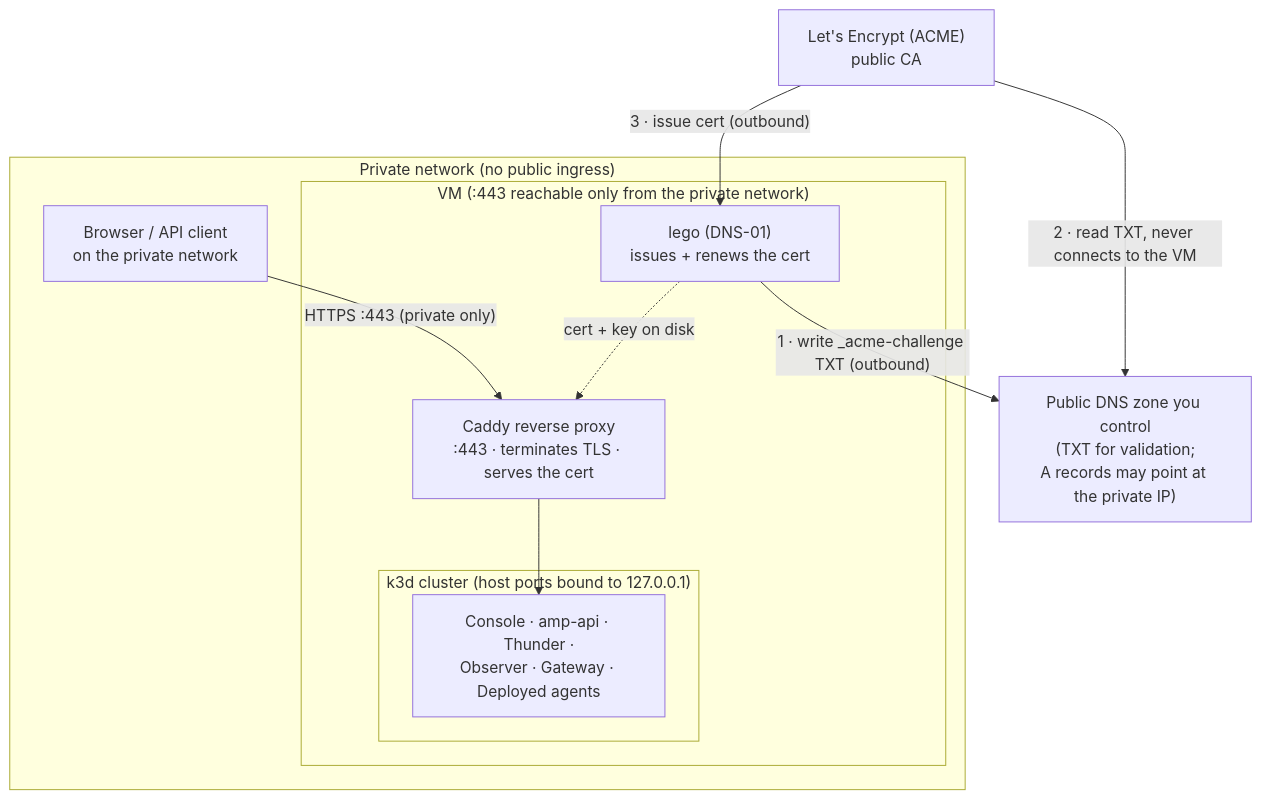
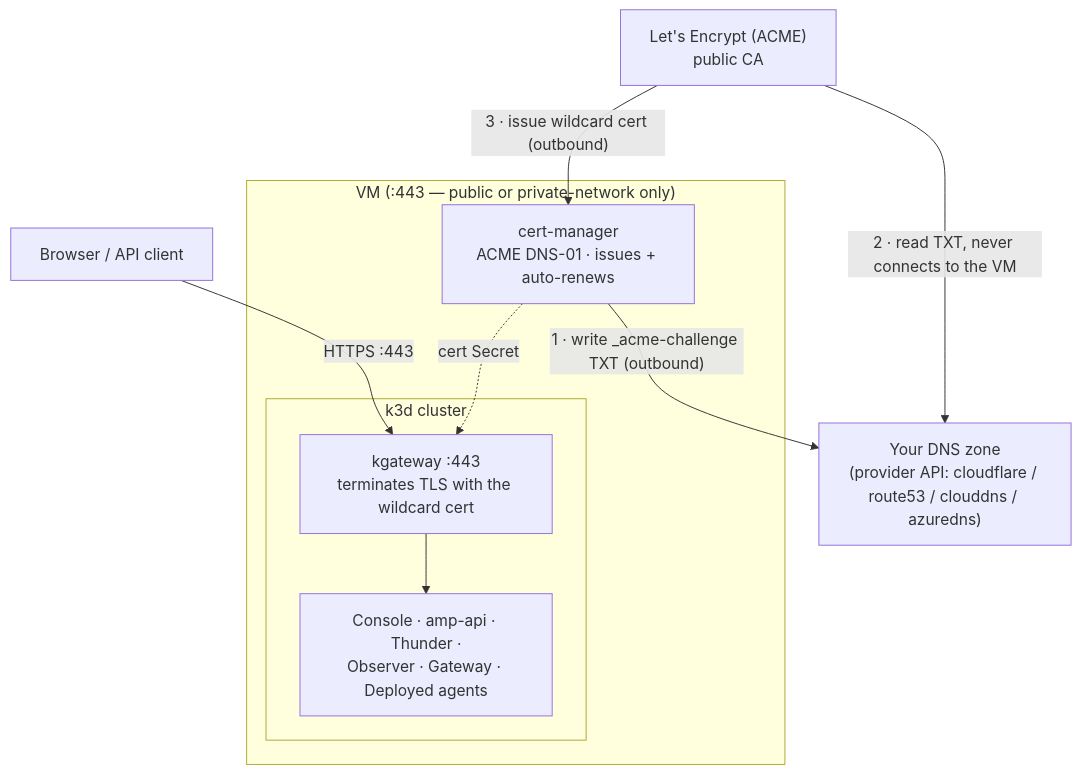
One commit to IsuruVithanage/docs-agent-platform changed the second of 2 diagrams in docs/getting-started/on-a-vm.mdx. Above: the diagram before and after it, drawn with Mermaid. The commit also changed other lines of this file, not shown here.

First line of the commit message:
Rewrite advanced VM docs for cert-manager DNS-01

````diff
--- a/docs/getting-started/on-a-vm.mdx
+++ b/docs/getting-started/on-a-vm.mdx
@@ -354,25 +280,20 @@
 ```mermaid
 flowchart TB
     le["Let's Encrypt (ACME)<br/>public CA"]
-    dns["Public DNS zone you control<br/>(TXT for validation;<br/>A records may point at the private IP)"]
+    dns["Your DNS zone<br/>(provider API: cloudflare / route53 / clouddns / azuredns)"]
 
-    subgraph priv["Private network (no public ingress)"]
-        client["Browser / API client<br/>on the private network"]
-
-        subgraph vm["VM (:443 reachable only from the private network)"]
-            lego["lego (DNS-01)<br/>issues + renews the cert"]
-            caddy["Caddy reverse proxy<br/>:443 · terminates TLS · serves the cert"]
-
-            subgraph k3d["k3d cluster (host ports bound to 127.0.0.1)"]
-                svc["Console · amp-api · Thunder ·<br/>Observer · Gateway · Deployed agents"]
-            end
+    subgraph vm["VM (:443 — public or private-network only)"]
+        cm["cert-manager<br/>ACME DNS-01 · issues + auto-renews"]
+        subgraph k3d["k3d cluster"]
+            gw["kgateway :443<br/>terminates TLS with the wildcard cert"]
+            svc["Console · amp-api · Thunder ·<br/>Observer · Gateway · Deployed agents"]
         end
     end
 
-    client -->|"HTTPS :443 (private only)"| caddy
-    lego -->|"1 · write _acme-challenge TXT (outbound)"| dns
+    client["Browser / API client"] -->|"HTTPS :443"| gw
+    cm -->|"1 · write _acme-challenge TXT (outbound)"| dns
     le -->|"2 · read TXT, never connects to the VM"| dns
-    le -->|"3 · issue cert (outbound)"| lego
-    lego -.->|"cert + key on disk"| caddy
-    caddy --> svc
+    le -->|"3 · issue wildcard cert (outbound)"| cm
+    cm -.->|"cert Secret"| gw
+    gw --> svc
 ```
````
